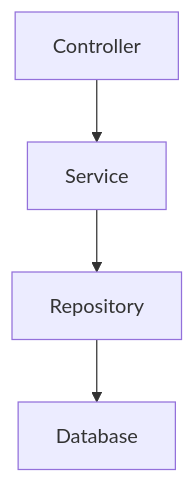
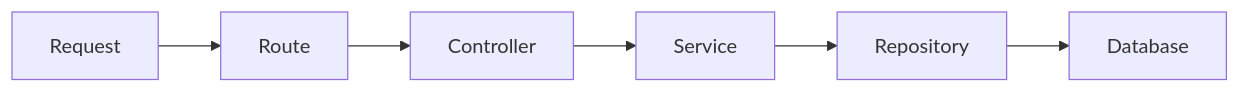
Before and after one commit to iamgauravjoshi/VidScribe: the third of 5 diagrams in backend/commands.md, drawn with Mermaid. The commit also changed other lines of this file and 35 other files, not shown here.

````diff
--- a/backend/commands.md
+++ b/backend/commands.md
@@ -117,6 +127,9 @@
 ```mermaid
-flowchart TB
-    A[Controller] --> B[Service]
-    B --> C[Repository]
-    C --> D[Database]
+flowchart LR
+    A[Request] --> B[Route]
+    B --> C[Controller]
+    C --> D[Service]
+    D --> E[Repository]
+    E --> F[Database]
+
 ```
````
